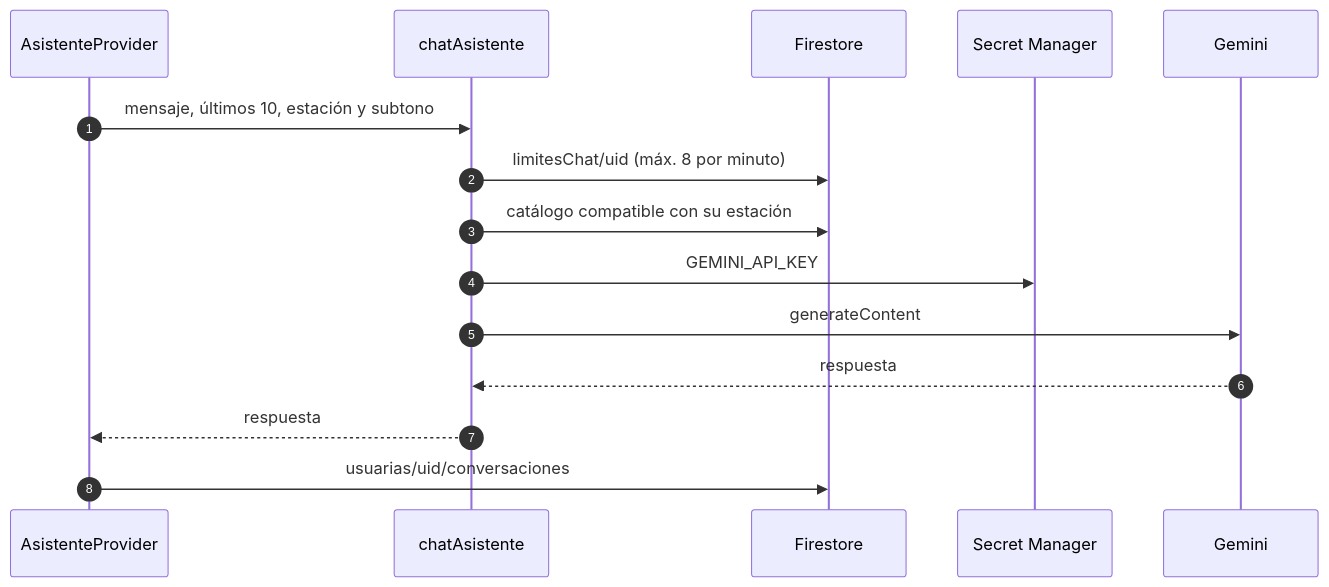
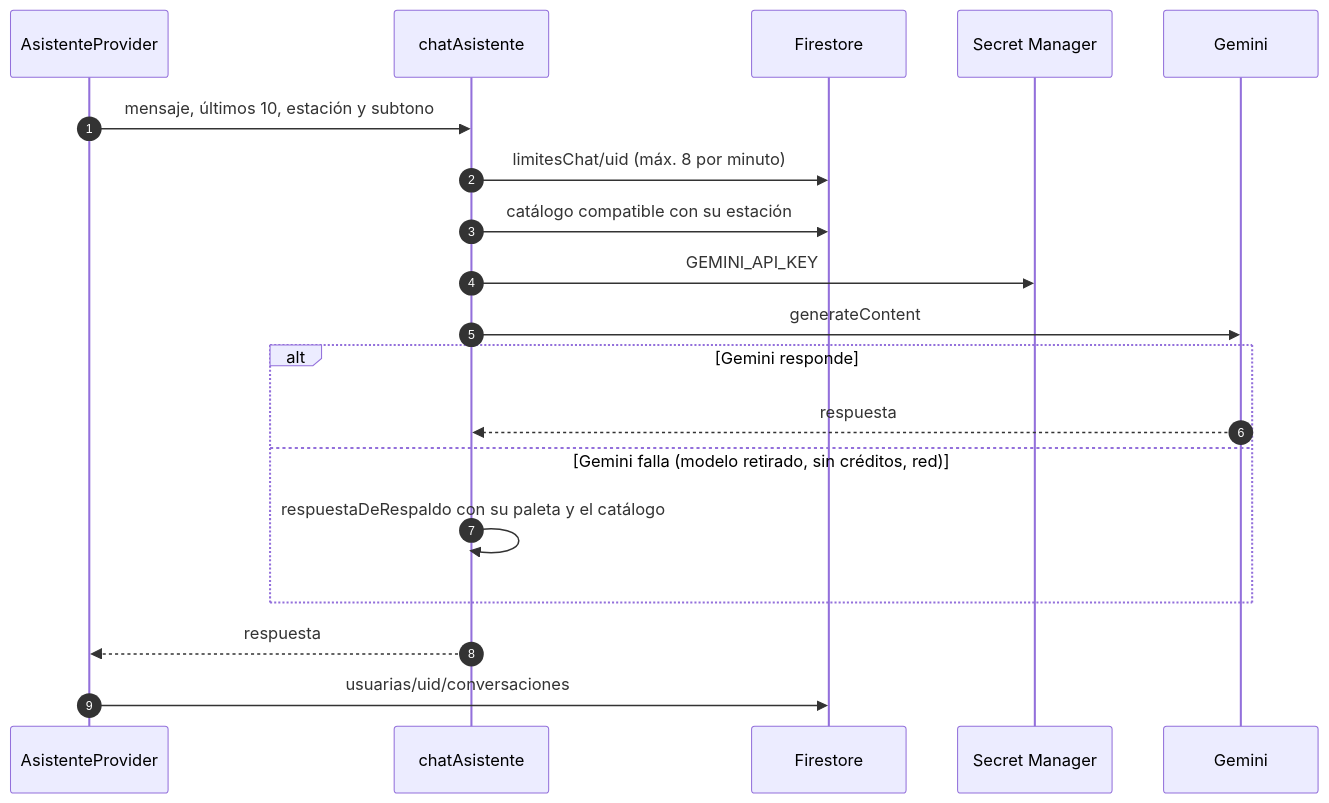
Before and after one commit to Karquin06/ProjectMake-UpAi: the eighth of 11 diagrams in README.md, drawn with Mermaid. The commit also changed other lines of this file, not shown here.

First line of the commit message:
docs: actualizar README con looks, marcas, seguridad y simulador AR realista

````diff
--- a/README.md
+++ b/README.md
@@ -296,18 +314,22 @@
 ```mermaid
 sequenceDiagram
     autonumber
     participant AP as AsistenteProvider
     participant CF as chatAsistente
     participant FS as Firestore
     participant SM as Secret Manager
     participant G as Gemini
 
     AP->>CF: mensaje, últimos 10, estación y subtono
     CF->>FS: limitesChat/uid (máx. 8 por minuto)
     CF->>FS: catálogo compatible con su estación
     CF->>SM: GEMINI_API_KEY
     CF->>G: generateContent
-    G-->>CF: respuesta
+    alt Gemini responde
+        G-->>CF: respuesta
+    else Gemini falla (modelo retirado, sin créditos, red)
+        CF->>CF: respuestaDeRespaldo con su paleta y el catálogo
+    end
     CF-->>AP: respuesta
     AP->>FS: usuarias/uid/conversaciones
 ```
````
